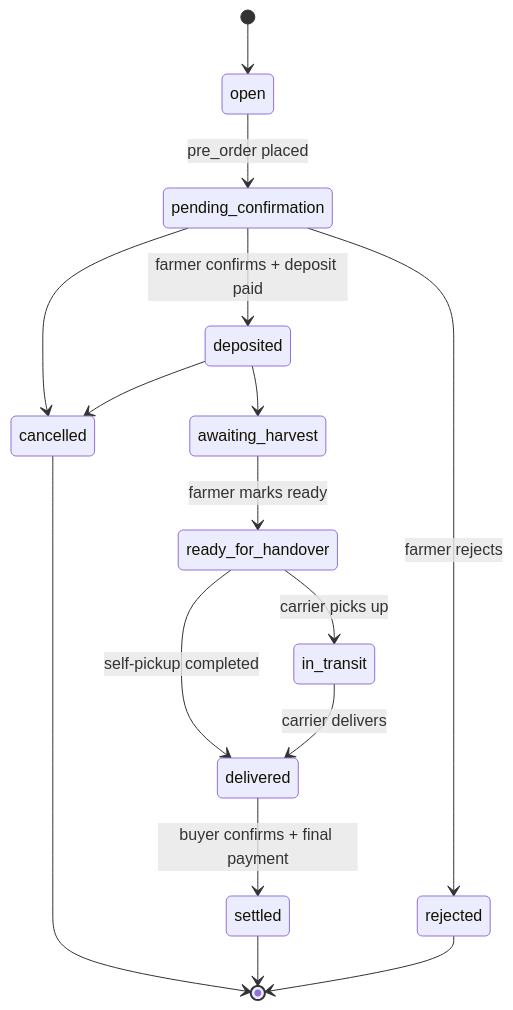
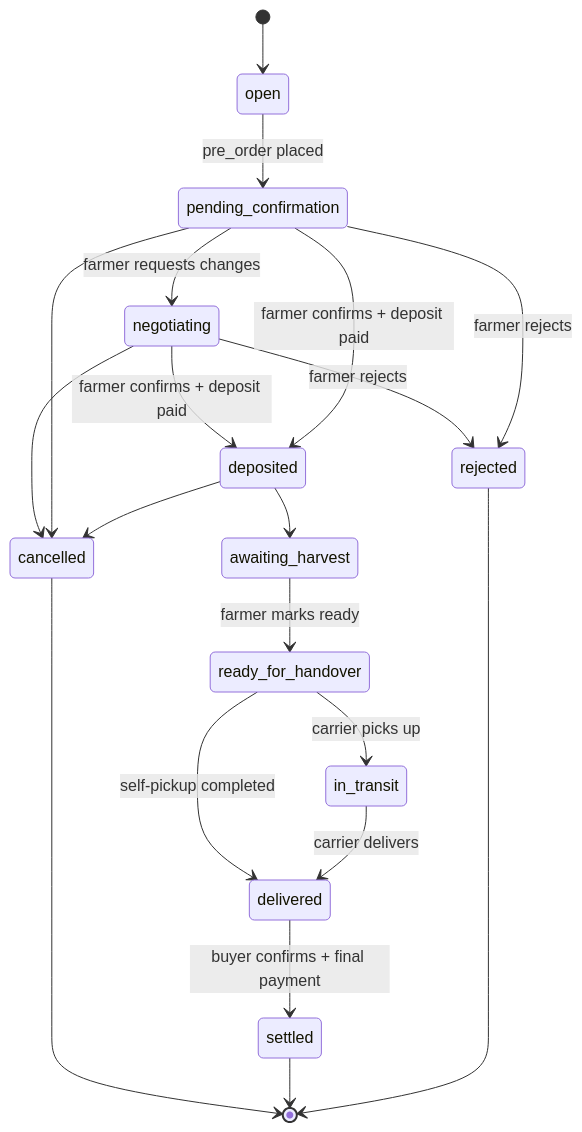
One commit to mynhleeh/fresho changed the diagram in .claude/rules/00-project-charter.rule.md. Above: the diagram before and after it, drawn with Mermaid. The commit also changed other lines of this file, not shown here.

Commit message:
docs(rules): document negotiating state in order lifecycle

````diff
--- a/.claude/rules/00-project-charter.rule.md
+++ b/.claude/rules/00-project-charter.rule.md
@@ -40,18 +40,22 @@
 ```mermaid
 stateDiagram-v2
     [*] --> open
     open --> pending_confirmation: pre_order placed
+    pending_confirmation --> negotiating: farmer requests changes
+    negotiating --> deposited: farmer confirms + deposit paid
+    negotiating --> rejected: farmer rejects
+    negotiating --> cancelled
     pending_confirmation --> deposited: farmer confirms + deposit paid
     pending_confirmation --> rejected: farmer rejects
     deposited --> awaiting_harvest
     awaiting_harvest --> ready_for_handover: farmer marks ready
     ready_for_handover --> in_transit: carrier picks up
     ready_for_handover --> delivered: self-pickup completed
     in_transit --> delivered: carrier delivers
     delivered --> settled: buyer confirms + final payment
     pending_confirmation --> cancelled
     deposited --> cancelled
     cancelled --> [*]
     settled --> [*]
     rejected --> [*]
 ```
````
